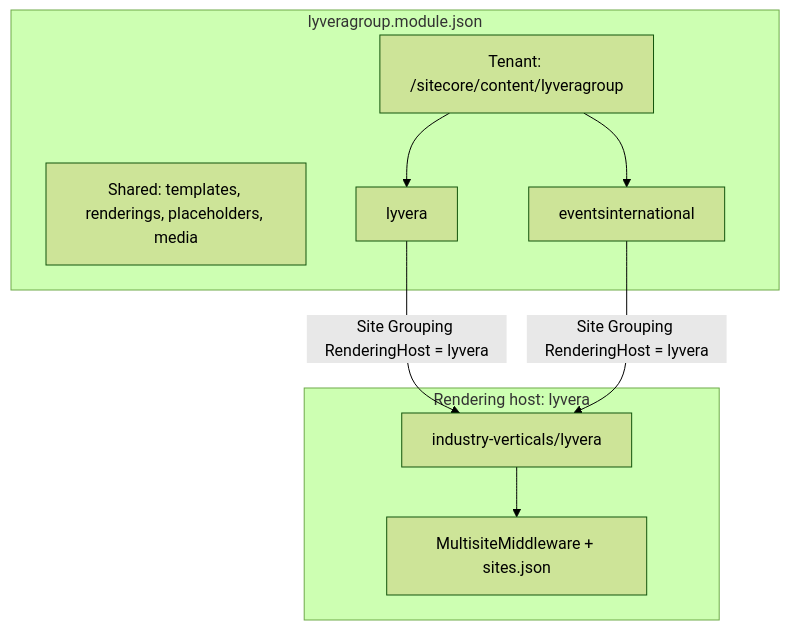
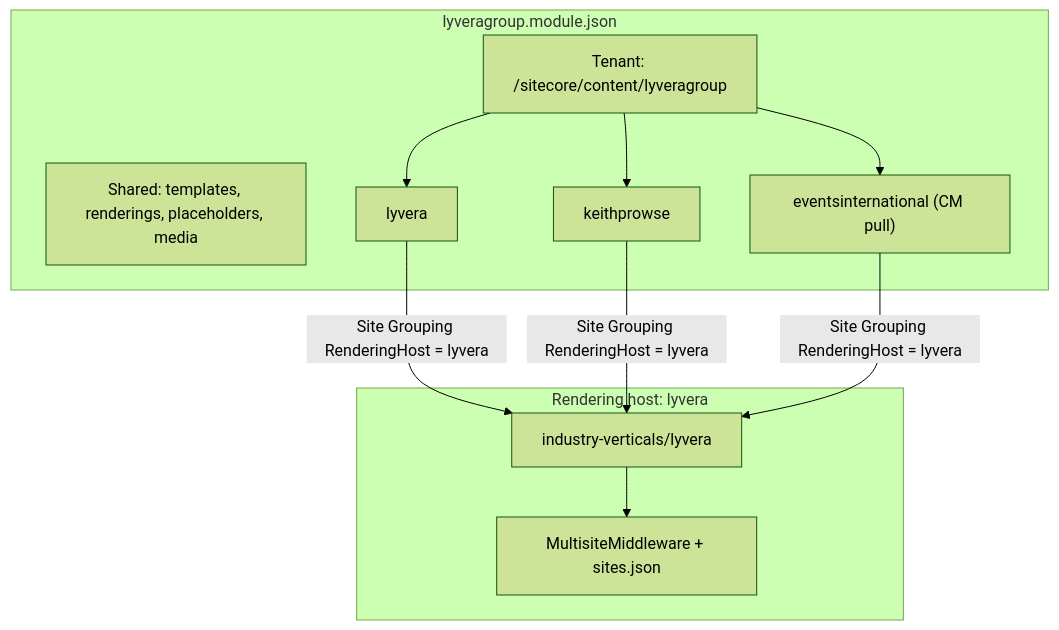
The first of 2 diagrams in docs/LYVERA.md (sumithpdd/spd_Sitecore.Demo.SitecoreAI.IndustryVerticals.SiteTemplates), drawn with Mermaid (forest theme) before and after one commit. The commit also changed other lines of this file and 5 other files, not shown here.

First line of the commit message:
Update Lyvera documentation and components to reflect new site structure and branding

````diff
--- a/docs/LYVERA.md
+++ b/docs/LYVERA.md
@@ -17,16 +17,17 @@
 ```mermaid
 flowchart TB
   subgraph module ["lyveragroup.module.json"]
     shared["Shared: templates, renderings, placeholders, media"]
     tenant["Tenant: /sitecore/content/lyveragroup"]
     lyvera["lyvera"]
-    ei["eventsinternational"]
+    kp["keithprowse"]
+    ei["eventsinternational (CM pull)"]
   end
   subgraph host ["Rendering host: lyvera"]
     app["industry-verticals/lyvera"]
     mw["MultisiteMiddleware + sites.json"]
   end
-  tenant --> lyvera & ei
-  lyvera & ei -->|"Site Grouping RenderingHost = lyvera"| app
+  tenant --> lyvera & kp & ei
+  lyvera & kp & ei -->|"Site Grouping RenderingHost = lyvera"| app
   app --> mw
 ```
````
